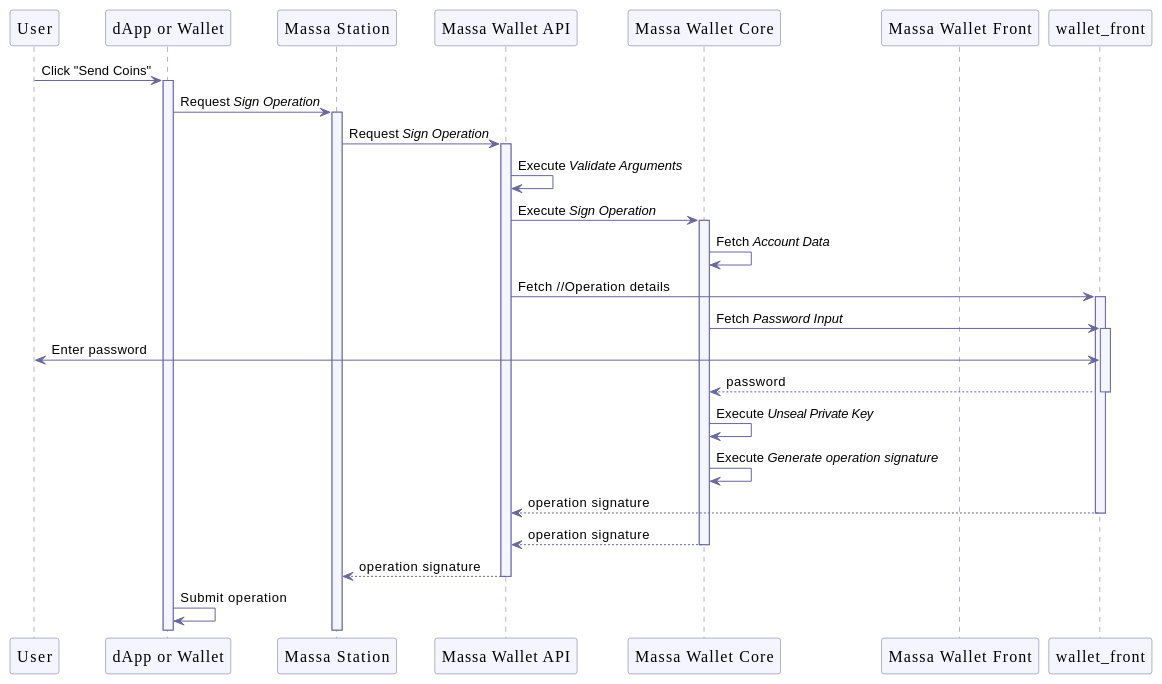
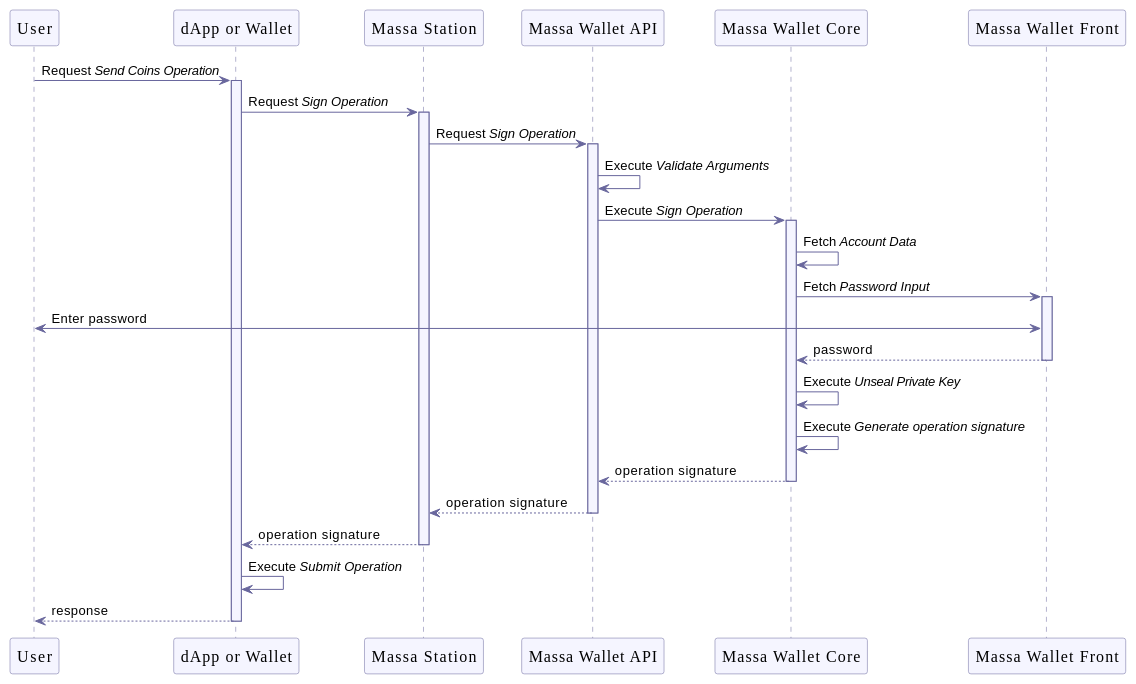
One commit to massalabs/station-massa-wallet changed the second of 10 diagrams in documentation/wallet.adoc. Above: the diagram before and after it, drawn with PlantUML. The commit also changed other lines of this file, not shown here.

```diff
--- a/documentation/wallet.adoc
+++ b/documentation/wallet.adoc
@@ -227,44 +225,43 @@
 [plantuml, format="svg", id="sign-operation", width="100%", role="center-image", options="interactive"]
 ----
 @startuml
 
 skinparam FontName Poppins
 
 skinparam sequence {
     ArrowColor #69679D
     LifeLineBorderColor #69679D
     LifeLineBackgroundColor #F5F5FF
 
     ParticipantBorderColor #69679D
     ParticipantBackgroundColor #F5F5FF
     ParticipantFontName Poppins
     ParticipantFontSize 16
     ParticipantFontColor #000000
 }
 
 participant "User" as user
 participant "dApp or Wallet" as dapp
 participant "Massa Station" as station
 participant "Massa Wallet API" as wallet_api
 participant "Massa Wallet Core" as wallet_core
 participant "Massa Wallet Front" as wallet_embedded_front
 
-user -> dapp ++ : Click "Send Coins"
+user -> dapp ++ : Request //Send Coins Operation//
     dapp -> station ++: Request //Sign Operation//
         station -> wallet_api ++: Request //Sign Operation//
         wallet_api -> wallet_api: Execute //Validate Arguments//
             wallet_api -> wallet_core ++: Execute //Sign Operation//
             wallet_core -> wallet_core: Fetch //Account Data//
-                wallet_api -> wallet_front ++: Fetch //Operation details
-
-                wallet_core -> wallet_front ++: Fetch //Password Input//
-                wallet_front <-> user: Enter password
+                wallet_core -> wallet_embedded_front ++: Fetch //Password Input//
+                wallet_embedded_front <-> user: Enter password
                 return password
             wallet_core -> wallet_core: Execute //Unseal Private Key//
             wallet_core -> wallet_core: Execute //Generate operation signature//
             return operation signature
         return operation signature
     return operation signature
-    dapp -> dapp: Submit operation
+    dapp -> dapp: Execute //Submit Operation//
+return response
 @enduml
 ----
```
